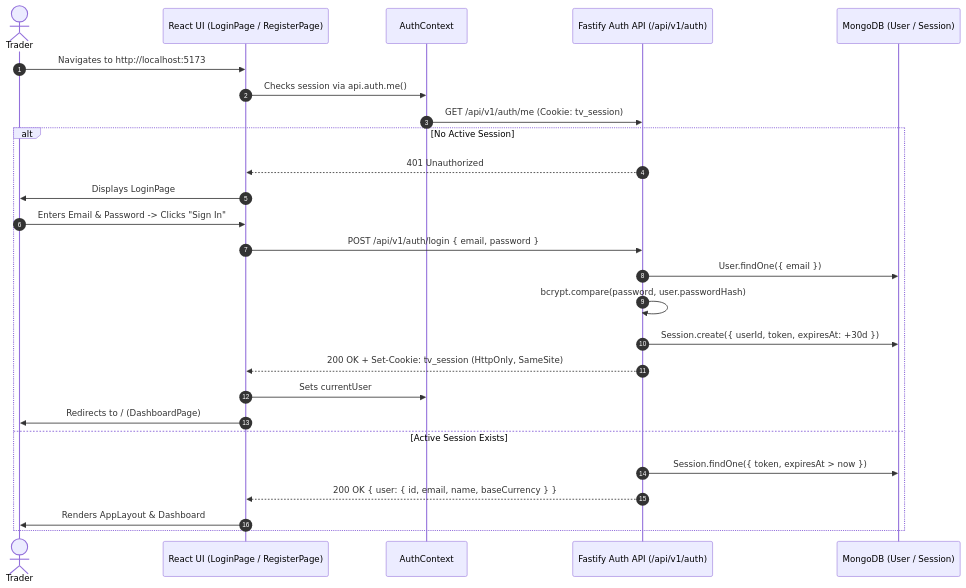
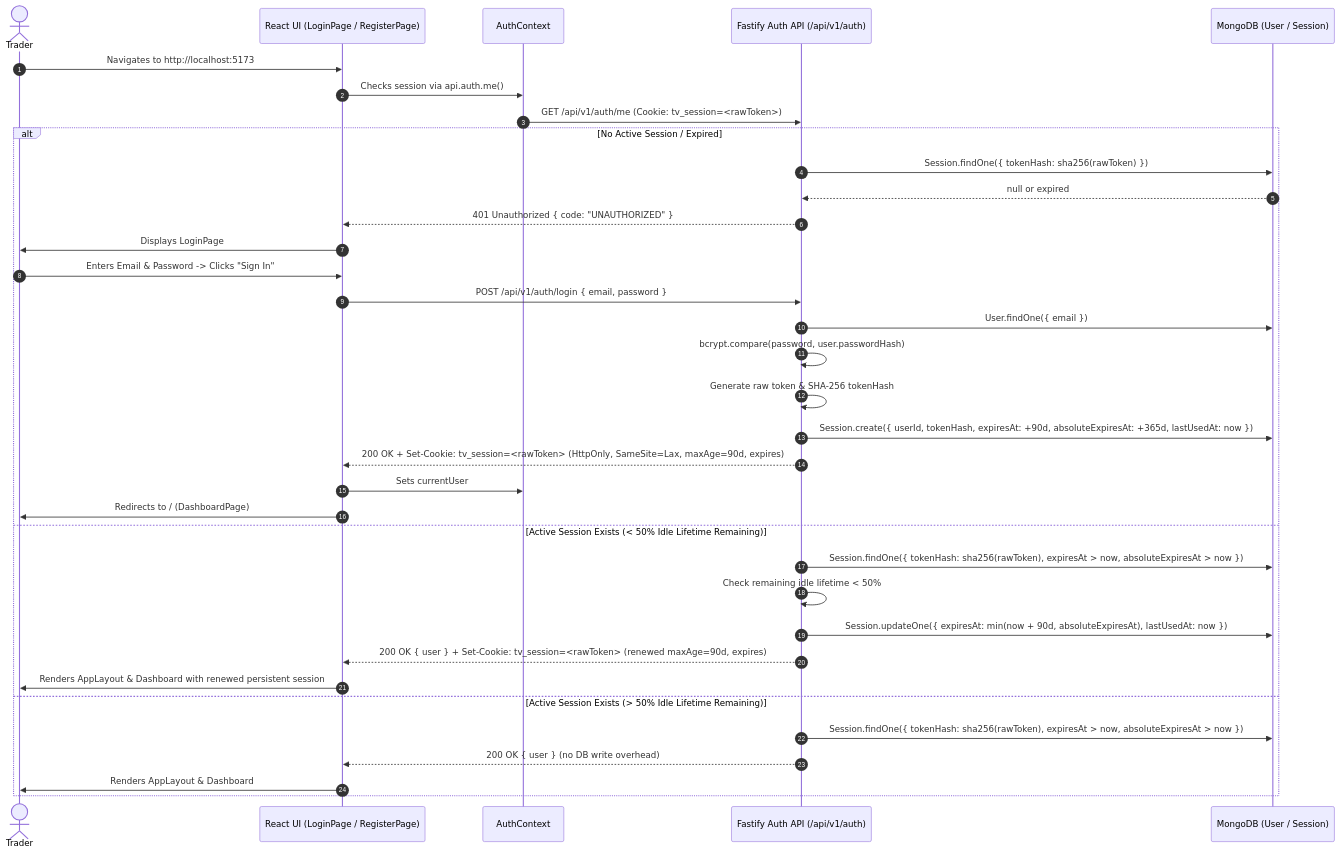
Before and after one commit to Rohsh00/SetupMint: the first of 10 diagrams in docs/USER_FLOWS.md, drawn with Mermaid. The commit also changed other lines of this file and 16 other files, not shown here.

First line of the commit message:
feat(auth): implement production-grade persistent sliding sessions, hashed tokens, and device management

````diff
--- a/docs/USER_FLOWS.md
+++ b/docs/USER_FLOWS.md
@@ -9,29 +9,38 @@
 ```mermaid
 sequenceDiagram
     autonumber
     actor User as Trader
     participant UI as React UI (LoginPage / RegisterPage)
     participant AuthCtx as AuthContext
     participant API as Fastify Auth API (/api/v1/auth)
     participant DB as MongoDB (User / Session)
 
     User->>UI: Navigates to http://localhost:5173
     UI->>AuthCtx: Checks session via api.auth.me()
-    AuthCtx->>API: GET /api/v1/auth/me (Cookie: tv_session)
-    alt No Active Session
-        API-->>UI: 401 Unauthorized
+    AuthCtx->>API: GET /api/v1/auth/me (Cookie: tv_session=<rawToken>)
+    alt No Active Session / Expired
+        API->>DB: Session.findOne({ tokenHash: sha256(rawToken) })
+        DB-->>API: null or expired
+        API-->>UI: 401 Unauthorized { code: "UNAUTHORIZED" }
         UI->>User: Displays LoginPage
         User->>UI: Enters Email & Password -> Clicks "Sign In"
         UI->>API: POST /api/v1/auth/login { email, password }
         API->>DB: User.findOne({ email })
         API->>API: bcrypt.compare(password, user.passwordHash)
-        API->>DB: Session.create({ userId, token, expiresAt: +30d })
-        API-->>UI: 200 OK + Set-Cookie: tv_session (HttpOnly, SameSite)
+        API->>API: Generate raw token & SHA-256 tokenHash
+        API->>DB: Session.create({ userId, tokenHash, expiresAt: +90d, absoluteExpiresAt: +365d, lastUsedAt: now })
+        API-->>UI: 200 OK + Set-Cookie: tv_session=<rawToken> (HttpOnly, SameSite=Lax, maxAge=90d, expires)
         UI->>AuthCtx: Sets currentUser
         UI->>User: Redirects to / (DashboardPage)
-    else Active Session Exists
-        API->>DB: Session.findOne({ token, expiresAt > now })
-        API-->>UI: 200 OK { user: { id, email, name, baseCurrency } }
+    else Active Session Exists (< 50% Idle Lifetime Remaining)
+        API->>DB: Session.findOne({ tokenHash: sha256(rawToken), expiresAt > now, absoluteExpiresAt > now })
+        API->>API: Check remaining idle lifetime < 50%
+        API->>DB: Session.updateOne({ expiresAt: min(now + 90d, absoluteExpiresAt), lastUsedAt: now })
+        API-->>UI: 200 OK { user } + Set-Cookie: tv_session=<rawToken> (renewed maxAge=90d, expires)
+        UI->>User: Renders AppLayout & Dashboard with renewed persistent session
+    else Active Session Exists (> 50% Idle Lifetime Remaining)
+        API->>DB: Session.findOne({ tokenHash: sha256(rawToken), expiresAt > now, absoluteExpiresAt > now })
+        API-->>UI: 200 OK { user } (no DB write overhead)
         UI->>User: Renders AppLayout & Dashboard
     end
 ```
````
